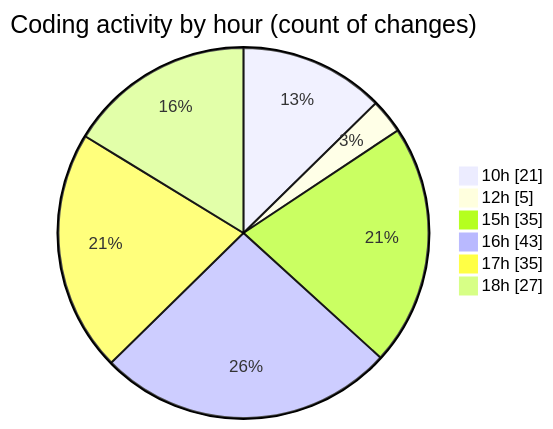
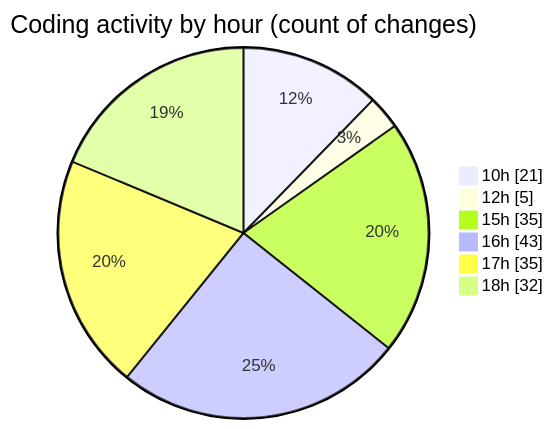
One commit to momahboobian/code-tracking changed the second of 2 diagrams in 2025-08-27/cda/README.md. Above: the diagram before and after it, drawn with Mermaid. The commit also changed other lines of this file and 1 other file, not shown here.

````diff
--- a/2025-08-27/cda/README.md
+++ b/2025-08-27/cda/README.md
@@ -48,10 +49,10 @@
 ```mermaid
 pie showData
 title Coding activity by hour (count of changes)
 "10h" : 21
 "12h" : 5
 "15h" : 35
 "16h" : 43
 "17h" : 35
-"18h" : 27
+"18h" : 32
 ```
````
